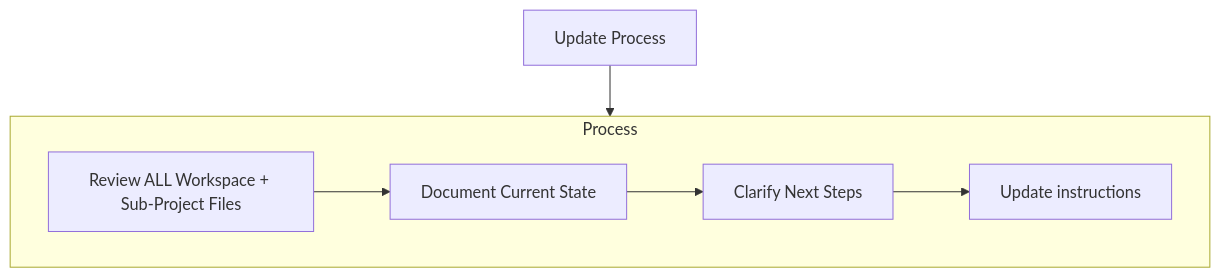
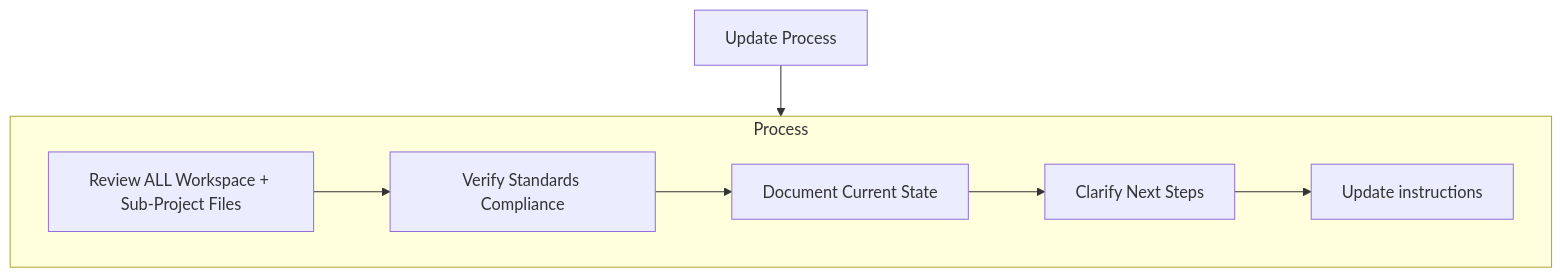
One commit to airsstack/airsstack changed the fifth of 6 diagrams in .copilot/instructions/multi_project_memory_bank.instructions.md. Above: the diagram before and after it, drawn with Mermaid. The commit also changed other lines of this file and 6 other files, not shown here.

````diff
--- a/.copilot/instructions/multi_project_memory_bank.instructions.md
+++ b/.copilot/instructions/multi_project_memory_bank.instructions.md
@@ -138,12 +155,13 @@
 ```mermaid
 flowchart TD
     Start[Update Process]
     subgraph Process
         P1[Review ALL Workspace + Sub-Project Files]
-        P2[Document Current State]
-        P3[Clarify Next Steps]
-        P4[Update instructions]
-        P1 --> P2 --> P3 --> P4
+        P2[Verify Standards Compliance]
+        P3[Document Current State]
+        P4[Clarify Next Steps]
+        P5[Update instructions]
+        P1 --> P2 --> P3 --> P4 --> P5
     end
     Start --> Process
 ```
````
